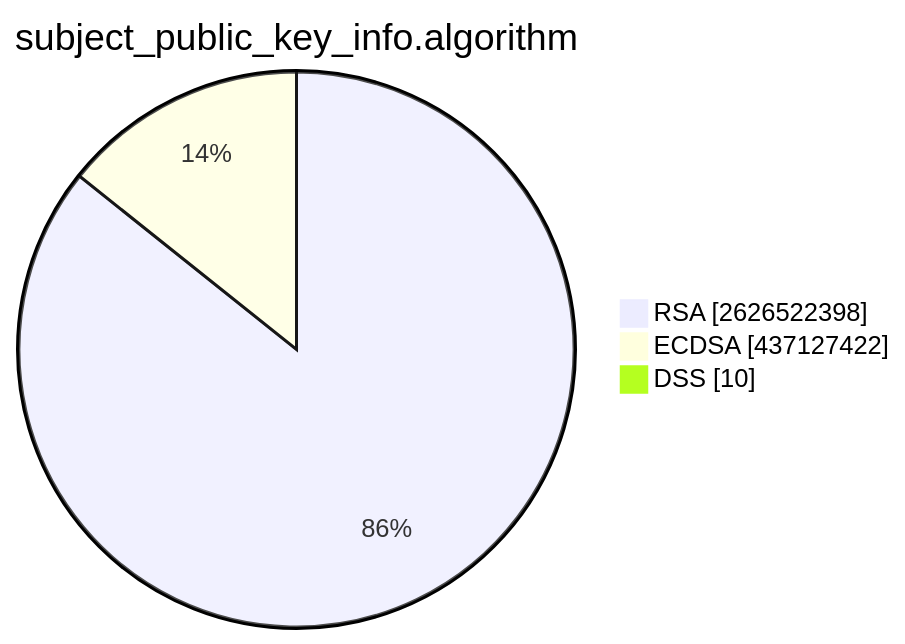
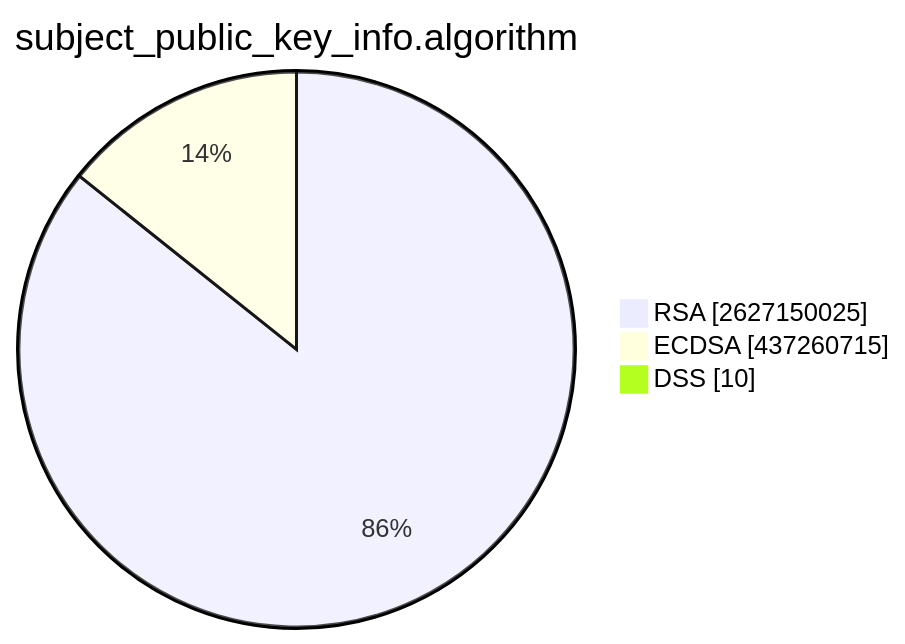
Before and after one commit to christiankrug/ctmonitor_visualization: the second of 15 diagrams in TOTAL/README.md, drawn with Mermaid. The commit also changed other lines of this file, not shown here.

````diff
--- a/TOTAL/README.md
+++ b/TOTAL/README.md
@@ -6,7 +6,7 @@
 ```mermaid
 pie showData
 title subject_public_key_info.algorithm
-"RSA" :2626522398
-"ECDSA" :437127422
+"RSA" :2627150025
+"ECDSA" :437260715
 "DSS" :10
 ```
````
